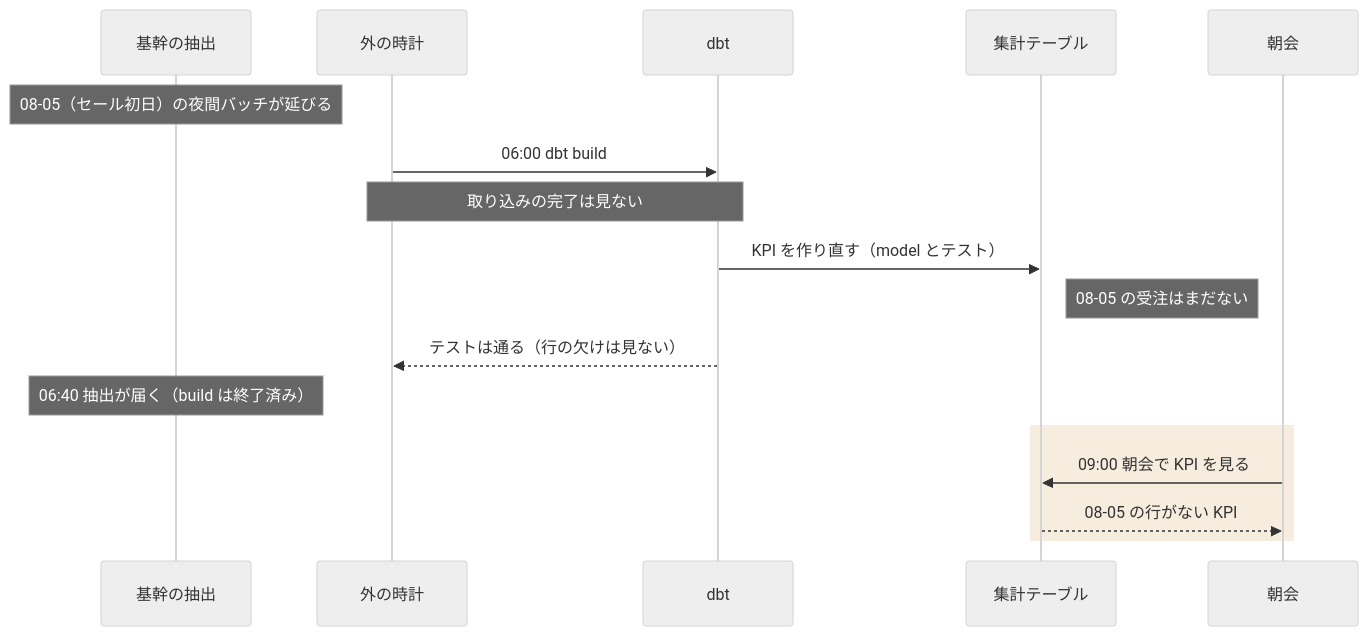
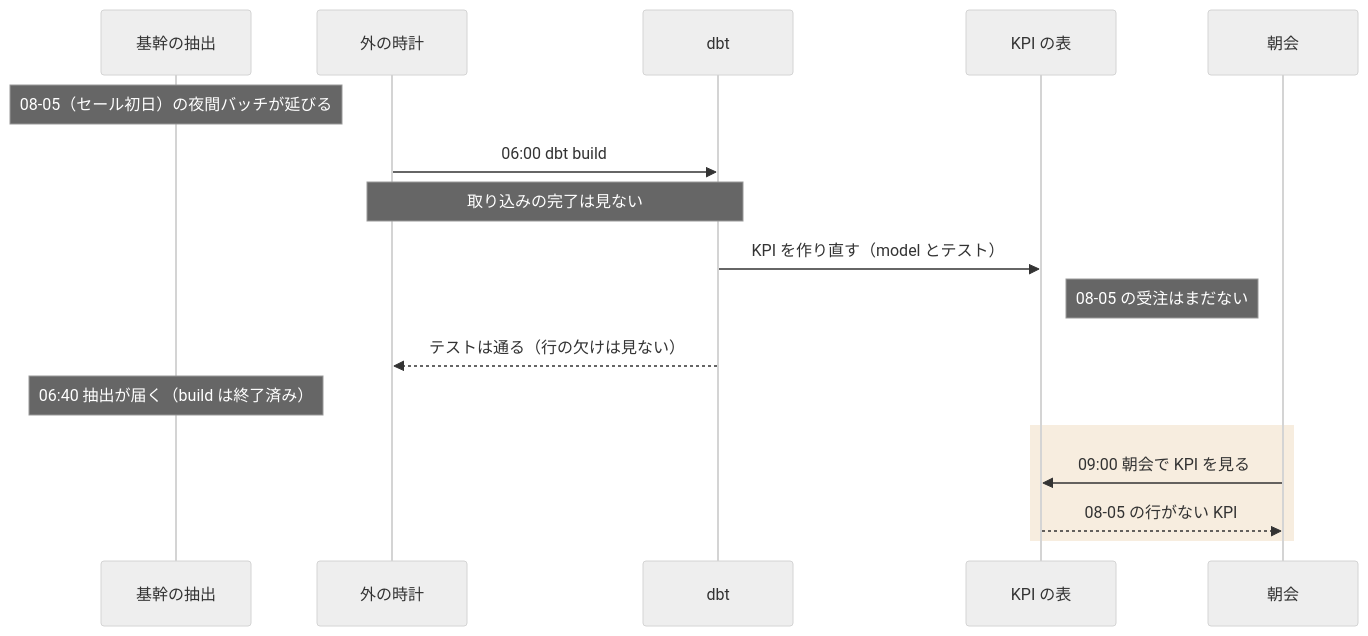
Before and after one commit to e8dev-note/zenn-content: the fourth of 6 diagrams in articles/dbt-ep0-intro.md, drawn with Mermaid (neutral theme). The commit also changed other lines of this file, not shown here.

````diff
--- a/articles/dbt-ep0-intro.md
+++ b/articles/dbt-ep0-intro.md
@@ -255,19 +255,19 @@
 ```mermaid
 sequenceDiagram
   participant core-extract as 基幹の抽出
   participant scheduler as 外の時計
   participant dbt as dbt
-  participant bq-marts as 集計テーブル
+  participant bq-marts as KPI の表
   participant bi as 朝会
   Note over core-extract: 08-05（セール初日）の夜間バッチが延びる
   scheduler->>dbt: 06:00 dbt build
   Note over scheduler,dbt: 取り込みの完了は見ない
   dbt->>bq-marts: KPI を作り直す（model とテスト）
   Note right of bq-marts: 08-05 の受注はまだない
   dbt-->>scheduler: テストは通る（行の欠けは見ない）
   Note over core-extract: 06:40 抽出が届く（build は終了済み）
   rect rgba(201, 133, 43, 0.15)
     bi->>bq-marts: 09:00 朝会で KPI を見る
     bq-marts-->>bi: 08-05 の行がない KPI
   end
 ```
````
